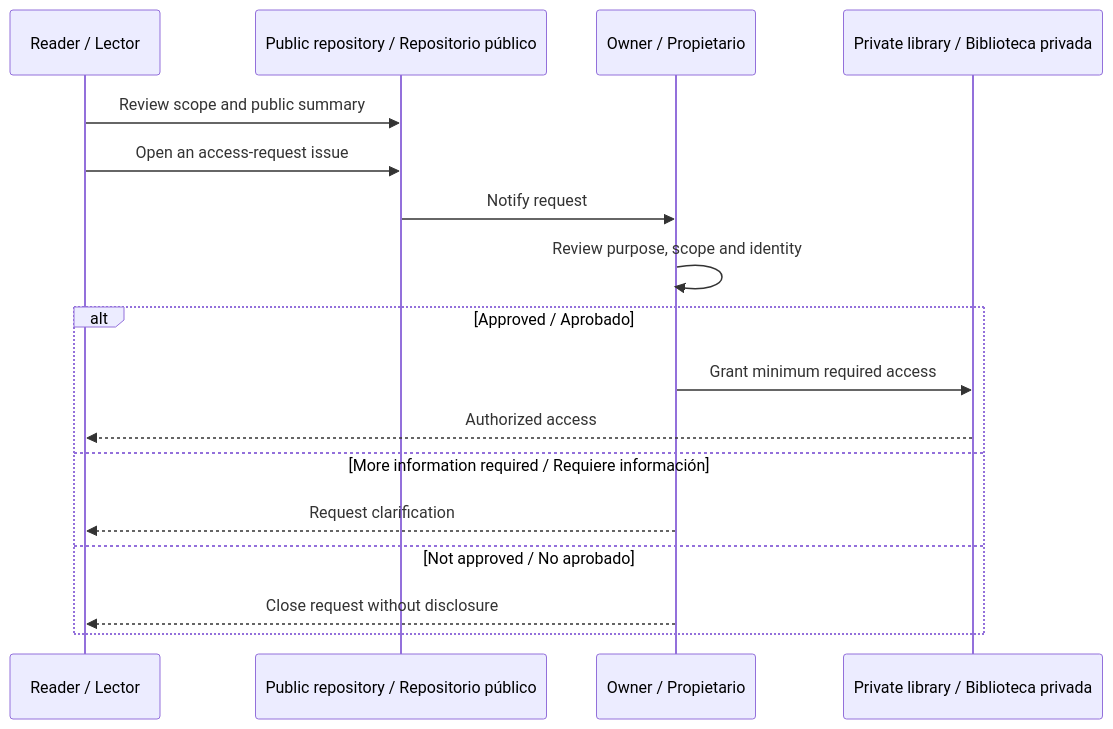
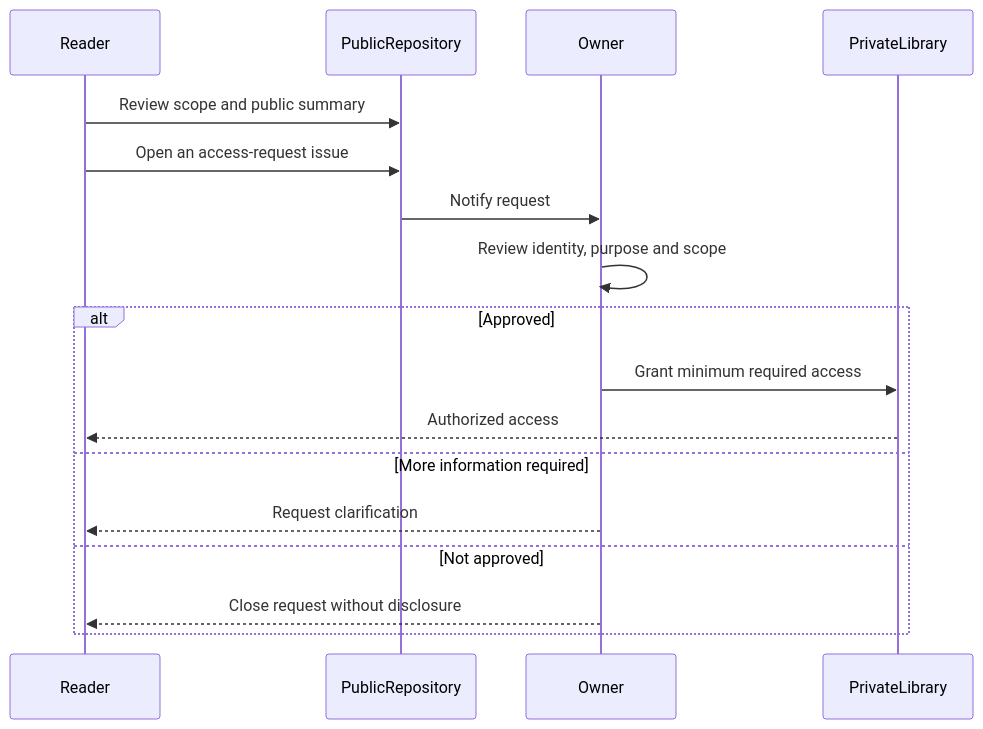
The seventh of 14 diagrams in README.md (yorzethmc/etq-reliance-automation-overview), drawn with Mermaid before and after one commit. The commit also changed other lines of this file, not shown here.

````diff
--- a/README.md
+++ b/README.md
@@ -309,20 +286,20 @@
 ```mermaid
 sequenceDiagram
-    participant Reader as Reader / Lector
-    participant Public as Public repository / Repositorio público
-    participant Owner as Owner / Propietario
-    participant Private as Private library / Biblioteca privada
+    participant Reader
+    participant PublicRepository
+    participant Owner
+    participant PrivateLibrary
 
-    Reader->>Public: Review scope and public summary
-    Reader->>Public: Open an access-request issue
-    Public->>Owner: Notify request
-    Owner->>Owner: Review purpose, scope and identity
-    alt Approved / Aprobado
-        Owner->>Private: Grant minimum required access
-        Private-->>Reader: Authorized access
-    else More information required / Requiere información
+    Reader->>PublicRepository: Review scope and public summary
+    Reader->>PublicRepository: Open an access-request issue
+    PublicRepository->>Owner: Notify request
+    Owner->>Owner: Review identity, purpose and scope
+    alt Approved
+        Owner->>PrivateLibrary: Grant minimum required access
+        PrivateLibrary-->>Reader: Authorized access
+    else More information required
         Owner-->>Reader: Request clarification
-    else Not approved / No aprobado
+    else Not approved
         Owner-->>Reader: Close request without disclosure
     end
 ```
````
